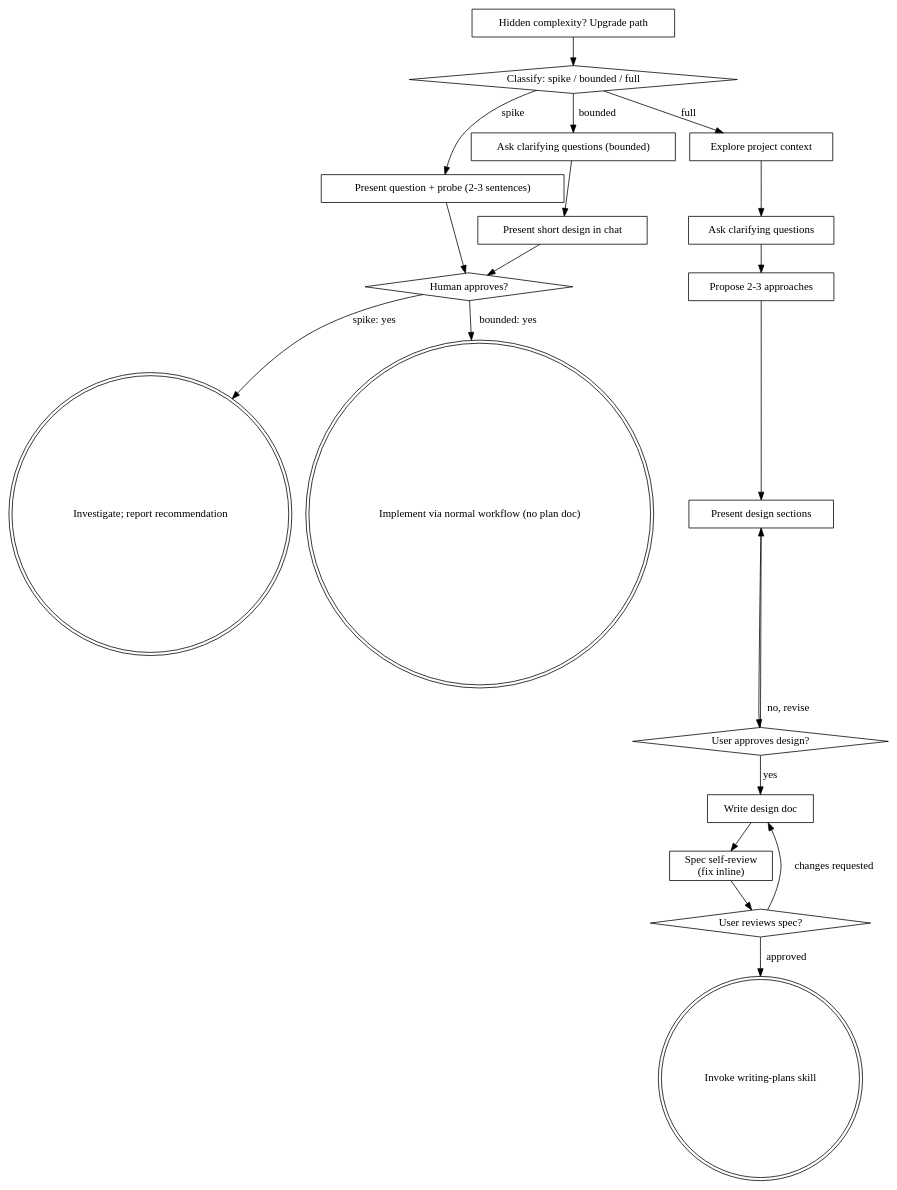
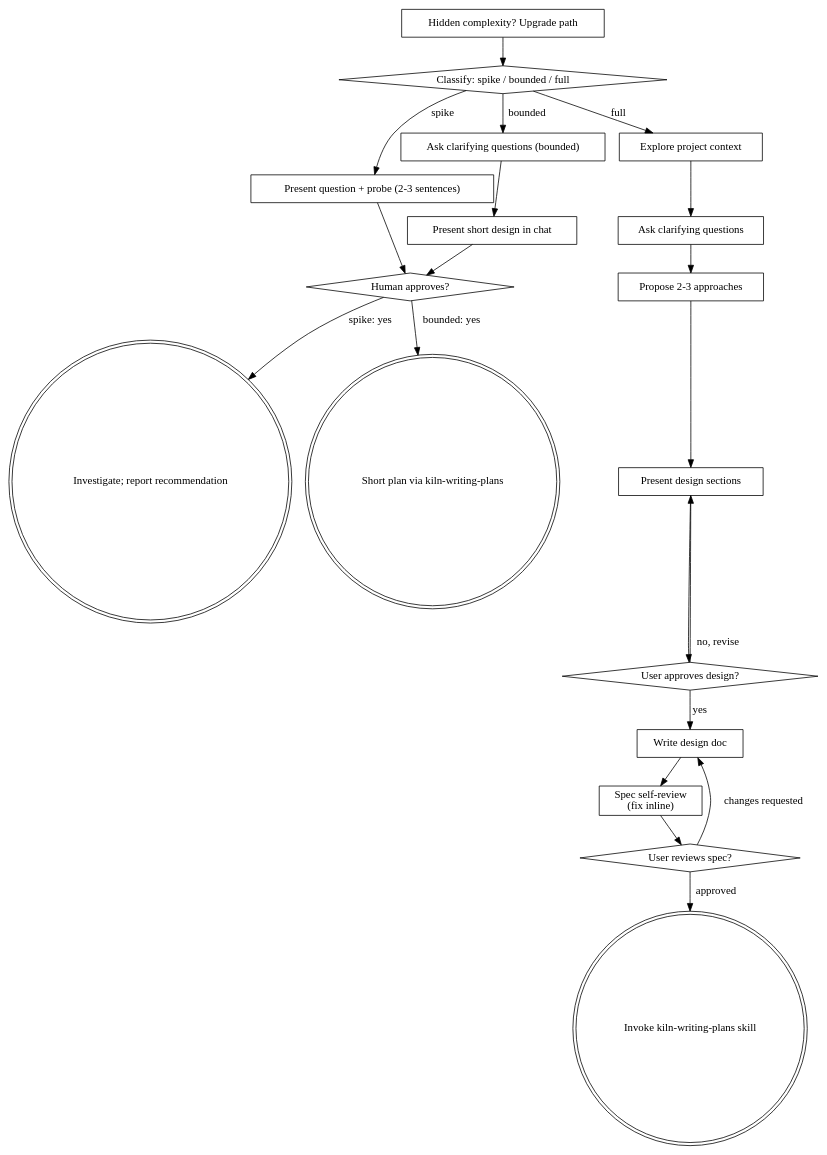
One commit to ttncode/kiln changed the diagram in skills/kiln-brainstorming/SKILL.md. Above: the diagram before and after it, drawn with Graphviz. The commit also changed other lines of this file and 10 other files, not shown here.

````diff
--- a/skills/kiln-brainstorming/SKILL.md
+++ b/skills/kiln-brainstorming/SKILL.md
@@ -157,41 +161,41 @@
 ```dot
 digraph brainstorming {
     "Classify: spike / bounded / full" [shape=diamond];
     "Present question + probe (2-3 sentences)" [shape=box];
     "Ask clarifying questions (bounded)" [shape=box];
     "Present short design in chat" [shape=box];
     "Human approves?" [shape=diamond];
     "Investigate; report recommendation" [shape=doublecircle];
-    "Implement via normal workflow (no plan doc)" [shape=doublecircle];
+    "Short plan via kiln-writing-plans" [shape=doublecircle];
     "Explore project context" [shape=box];
     "Ask clarifying questions" [shape=box];
     "Propose 2-3 approaches" [shape=box];
     "Present design sections" [shape=box];
     "User approves design?" [shape=diamond];
     "Write design doc" [shape=box];
     "Spec self-review\n(fix inline)" [shape=box];
     "User reviews spec?" [shape=diamond];
-    "Invoke writing-plans skill" [shape=doublecircle];
+    "Invoke kiln-writing-plans skill" [shape=doublecircle];
     "Hidden complexity? Upgrade path" [shape=box];
 
     "Classify: spike / bounded / full" -> "Present question + probe (2-3 sentences)" [label="spike"];
     "Classify: spike / bounded / full" -> "Ask clarifying questions (bounded)" [label="bounded"];
     "Classify: spike / bounded / full" -> "Explore project context" [label="full"];
     "Present question + probe (2-3 sentences)" -> "Human approves?";
     "Ask clarifying questions (bounded)" -> "Present short design in chat";
     "Present short design in chat" -> "Human approves?";
     "Human approves?" -> "Investigate; report recommendation" [label="spike: yes"];
-    "Human approves?" -> "Implement via normal workflow (no plan doc)" [label="bounded: yes"];
+    "Human approves?" -> "Short plan via kiln-writing-plans" [label="bounded: yes"];
     "Hidden complexity? Upgrade path" -> "Classify: spike / bounded / full";
     "Explore project context" -> "Ask clarifying questions";
     "Ask clarifying questions" -> "Propose 2-3 approaches";
     "Propose 2-3 approaches" -> "Present design sections";
     "Present design sections" -> "User approves design?";
     "User approves design?" -> "Present design sections" [label="no, revise"];
     "User approves design?" -> "Write design doc" [label="yes"];
     "Write design doc" -> "Spec self-review\n(fix inline)";
     "Spec self-review\n(fix inline)" -> "User reviews spec?";
     "User reviews spec?" -> "Write design doc" [label="changes requested"];
-    "User reviews spec?" -> "Invoke writing-plans skill" [label="approved"];
+    "User reviews spec?" -> "Invoke kiln-writing-plans skill" [label="approved"];
 }
 ```
````
